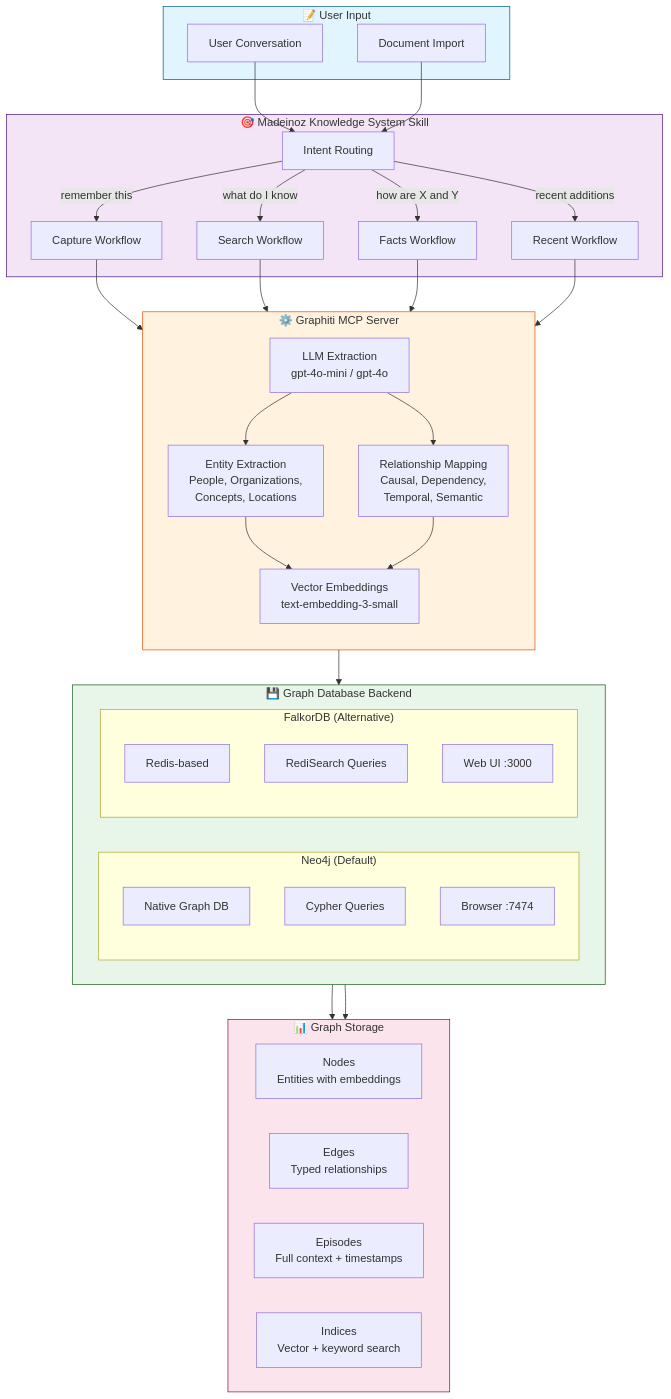
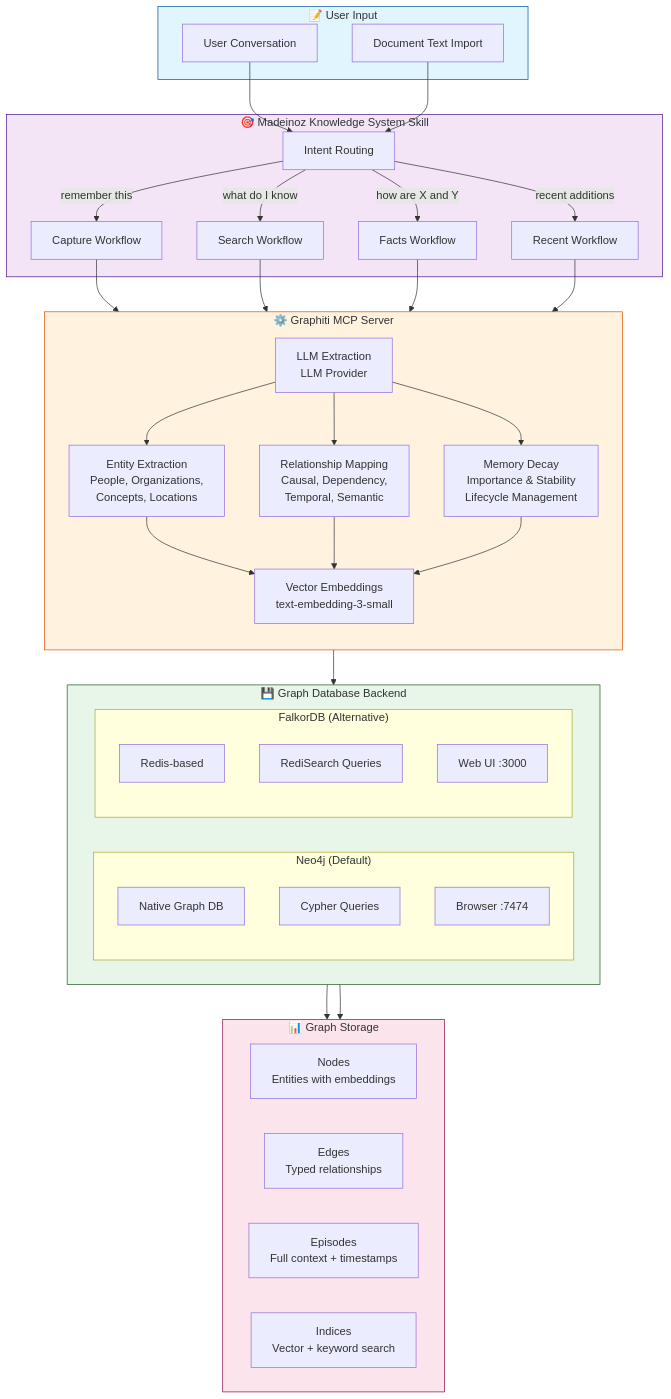
The first of 2 diagrams in docs/concepts/architecture.md (madeinoz67/madeinoz-knowledge-system), drawn with Mermaid before and after one commit. The commit also changed other lines of this file and 73 other files, not shown here.

First line of the commit message:
feat(009): Memory Decay Scoring & Lifecycle Management (#15)

````diff
--- a/docs/concepts/architecture.md
+++ b/docs/concepts/architecture.md
@@ -12,61 +12,63 @@
 ```mermaid
 flowchart TB
     subgraph Input["📝 User Input"]
         UC[User Conversation]
-        DOC[Document Import]
+        DOC[Document Text Import]
     end
 
     subgraph Skill["🎯 Madeinoz Knowledge System Skill"]
         IR[Intent Routing]
         IR --> |"remember this"| CAP[Capture Workflow]
         IR --> |"what do I know"| SEARCH[Search Workflow]
         IR --> |"how are X and Y"| FACTS[Facts Workflow]
         IR --> |"recent additions"| RECENT[Recent Workflow]
     end
 
     subgraph MCP["⚙️ Graphiti MCP Server"]
         direction TB
-        LLM["LLM Extraction<br/>gpt-4o-mini / gpt-4o"]
+        LLM["LLM Extraction<br/>LLM Provider"]
         LLM --> ENT["Entity Extraction<br/>People, Organizations,<br/>Concepts, Locations"]
         LLM --> REL["Relationship Mapping<br/>Causal, Dependency,<br/>Temporal, Semantic"]
+        LLM --> DEC["Memory Decay<br/>Importance & Stability<br/>Lifecycle Management"]
         ENT --> VEC["Vector Embeddings<br/>text-embedding-3-small"]
         REL --> VEC
+        DEC --> VEC
     end
 
     subgraph DB["💾 Graph Database Backend"]
         direction LR
         subgraph Neo4j["Neo4j (Default)"]
             N1[Native Graph DB]
             N2[Cypher Queries]
             N3[Browser :7474]
         end
         subgraph Falkor["FalkorDB (Alternative)"]
             F1[Redis-based]
             F2[RediSearch Queries]
             F3[Web UI :3000]
         end
     end
 
     subgraph Storage["📊 Graph Storage"]
         NODES[Nodes<br/>Entities with embeddings]
         EDGES[Edges<br/>Typed relationships]
         EPISODES[Episodes<br/>Full context + timestamps]
         INDICES[Indices<br/>Vector + keyword search]
     end
 
     UC --> IR
     DOC --> IR
     CAP --> MCP
     SEARCH --> MCP
     FACTS --> MCP
     RECENT --> MCP
     VEC --> DB
     Neo4j --> Storage
     Falkor --> Storage
 
     style Input fill:#e1f5fe,stroke:#01579b
     style Skill fill:#f3e5f5,stroke:#4a148c
     style MCP fill:#fff3e0,stroke:#e65100
     style DB fill:#e8f5e9,stroke:#1b5e20
     style Storage fill:#fce4ec,stroke:#880e4f
 ```
````
